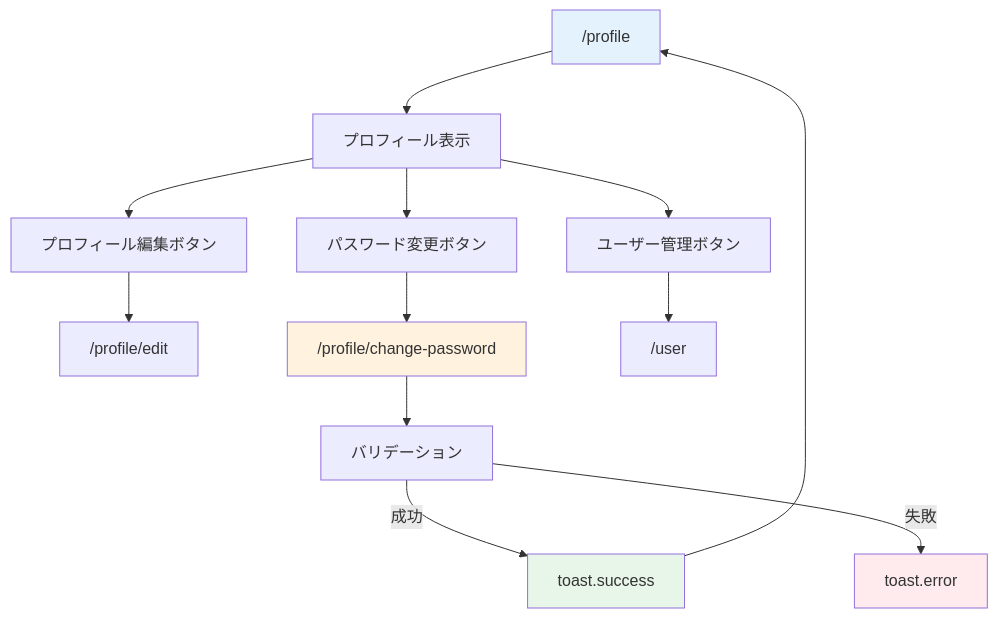
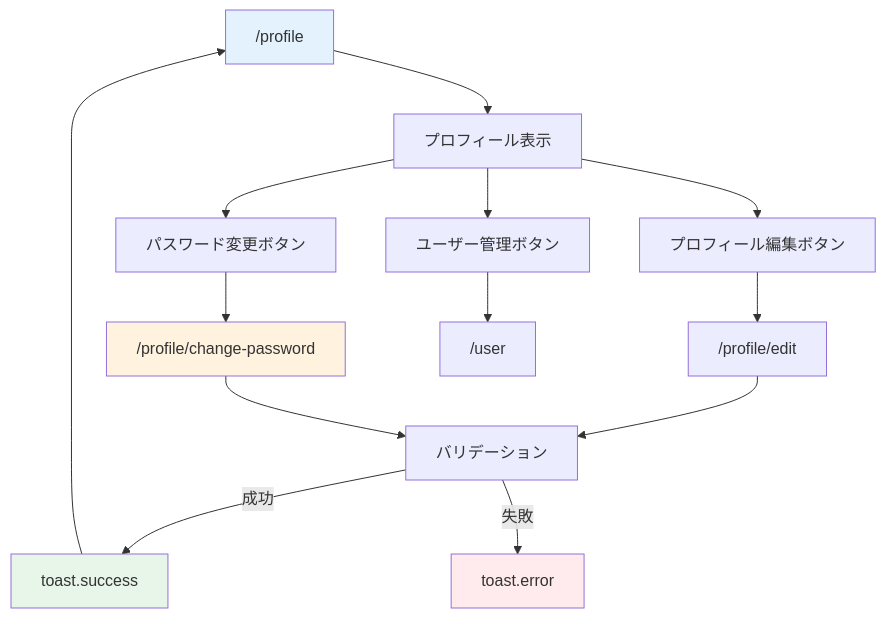
Before and after one commit to kouiso/task-app: the first of 3 diagrams in material/30days-curriculum/day25_プロフィール編集.md, drawn with Mermaid. The commit also changed other lines of this file and 250 other files, not shown here.

````diff
--- a/material/30days-curriculum/day25_プロフィール編集.md
+++ b/material/30days-curriculum/day25_プロフィール編集.md
@@ -32,19 +32,20 @@
 ```mermaid
 flowchart TD
     A["/profile"] --> B[プロフィール表示]
     B --> C[プロフィール編集ボタン]
     B --> D[パスワード変更ボタン]
     B --> E[ユーザー管理ボタン]
     C --> F["/profile/edit"]
     D --> G["/profile/change-password"]
     E --> H["/user"]
-    G --> I[バリデーション]
+    F --> I[バリデーション]
+    G --> I
     I -->|成功| J[toast.success]
     I -->|失敗| K[toast.error]
     J --> A
 
     style A fill:#e3f2fd
     style G fill:#fff3e0
     style J fill:#e8f5e9
     style K fill:#ffebee
 ```
````
